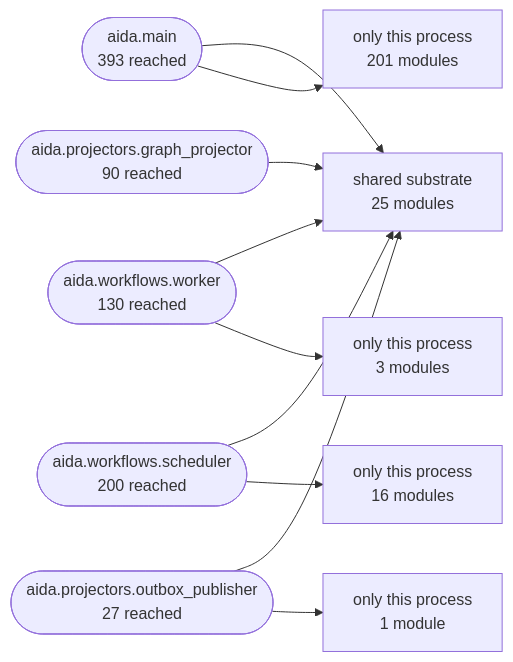
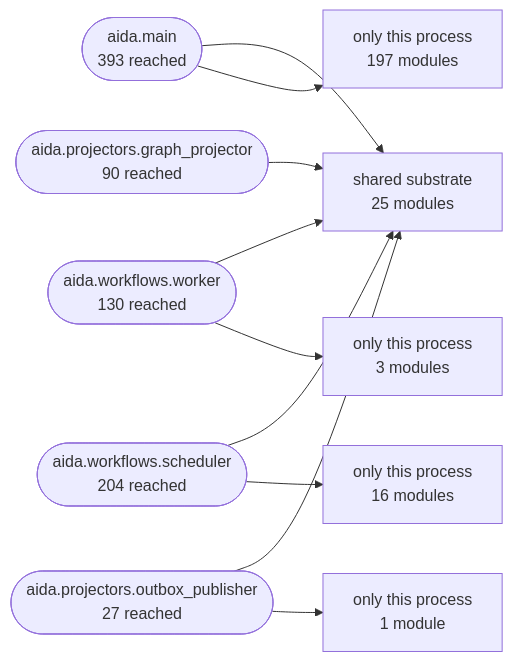
One commit to karuppusamym/AIDataAnalyst changed the second of 3 diagrams in Docs/10-architecture/14-generated-architecture-map.md. Above: the diagram before and after it, drawn with Mermaid. The commit also changed other lines of this file and 8 other files, not shown here.

````diff
--- a/Docs/10-architecture/14-generated-architecture-map.md
+++ b/Docs/10-architecture/14-generated-architecture-map.md
@@ -178,22 +178,22 @@
 ```mermaid
 graph LR
   shared["shared substrate<br/>25 modules"]
   aida_main(["aida.main<br/>393 reached"])
   aida_workflows_worker(["aida.workflows.worker<br/>130 reached"])
-  aida_workflows_scheduler(["aida.workflows.scheduler<br/>200 reached"])
+  aida_workflows_scheduler(["aida.workflows.scheduler<br/>204 reached"])
   aida_projectors_graph_projector(["aida.projectors.graph_projector<br/>90 reached"])
   aida_projectors_outbox_publisher(["aida.projectors.outbox_publisher<br/>27 reached"])
   aida_main --> shared
-  only_aida_main["only this process<br/>201 modules"]
+  only_aida_main["only this process<br/>197 modules"]
   aida_main --> only_aida_main
   aida_workflows_worker --> shared
   only_aida_workflows_worker["only this process<br/>3 modules"]
   aida_workflows_worker --> only_aida_workflows_worker
   aida_workflows_scheduler --> shared
   only_aida_workflows_scheduler["only this process<br/>16 modules"]
   aida_workflows_scheduler --> only_aida_workflows_scheduler
   aida_projectors_graph_projector --> shared
   aida_projectors_outbox_publisher --> shared
   only_aida_projectors_outbox_publisher["only this process<br/>1 module"]
   aida_projectors_outbox_publisher --> only_aida_projectors_outbox_publisher
 ```
````
